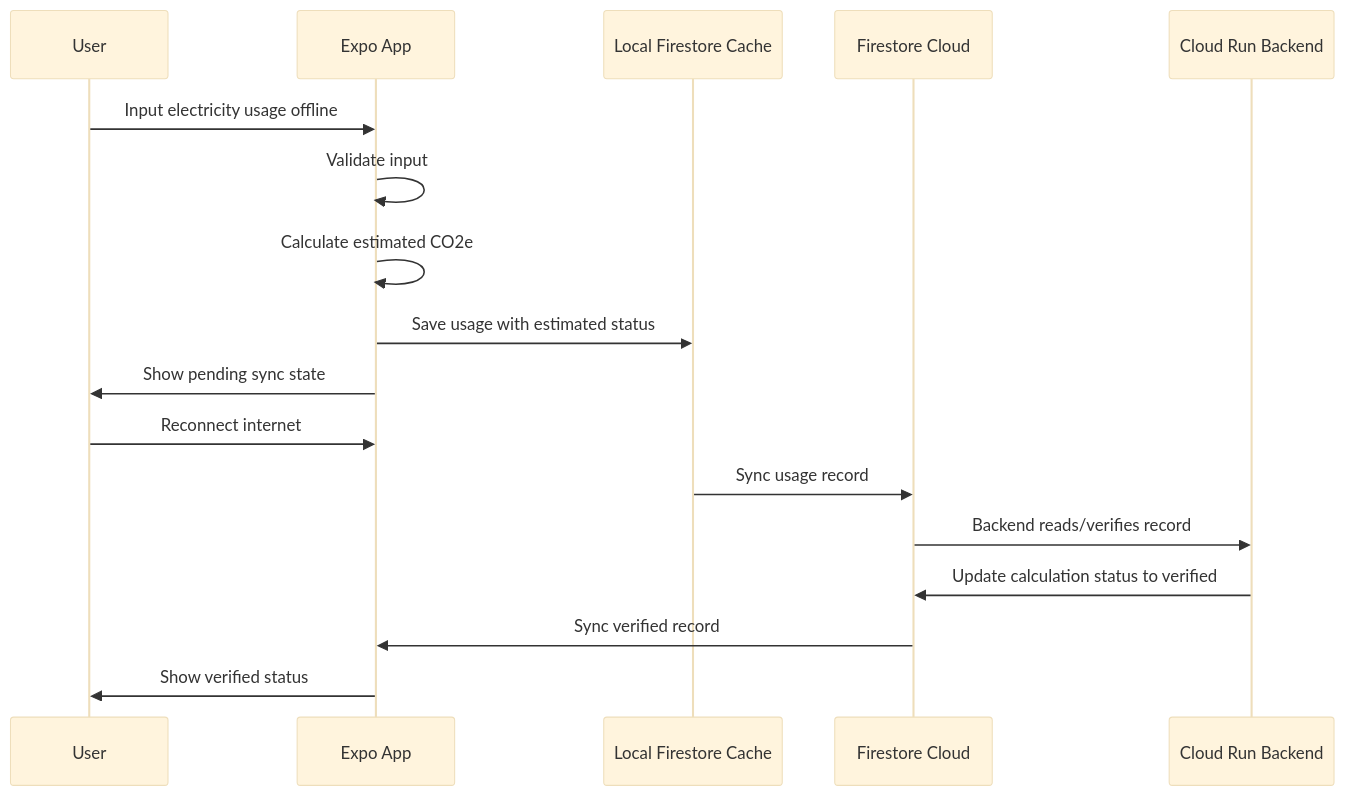
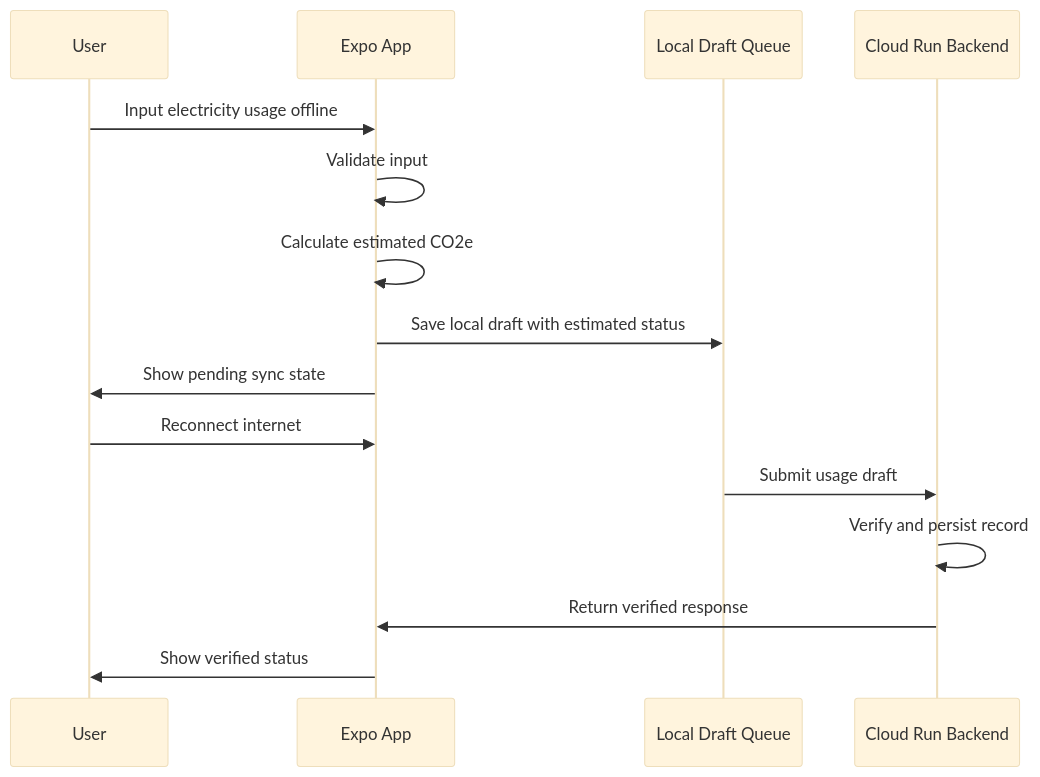
Before and after one commit to atalariq/nyalara: the second of 2 diagrams in docs/PRD.md, drawn with Mermaid (base theme). The commit also changed other lines of this file and 6 other files, not shown here.

````diff
--- a/docs/PRD.md
+++ b/docs/PRD.md
@@ -1282,20 +1413,18 @@
 ```mermaid
 sequenceDiagram
     participant U as User
     participant A as Expo App
-    participant L as Local Firestore Cache
-    participant F as Firestore Cloud
+    participant L as Local Draft Queue
     participant B as Cloud Run Backend
 
     U->>A: Input electricity usage offline
     A->>A: Validate input
     A->>A: Calculate estimated CO2e
-    A->>L: Save usage with estimated status
+    A->>L: Save local draft with estimated status
     A->>U: Show pending sync state
     U->>A: Reconnect internet
-    L->>F: Sync usage record
-    F->>B: Backend reads/verifies record
-    B->>F: Update calculation status to verified
-    F->>A: Sync verified record
+    L->>B: Submit usage draft
+    B->>B: Verify and persist record
+    B->>A: Return verified response
     A->>U: Show verified status
 ```
````
